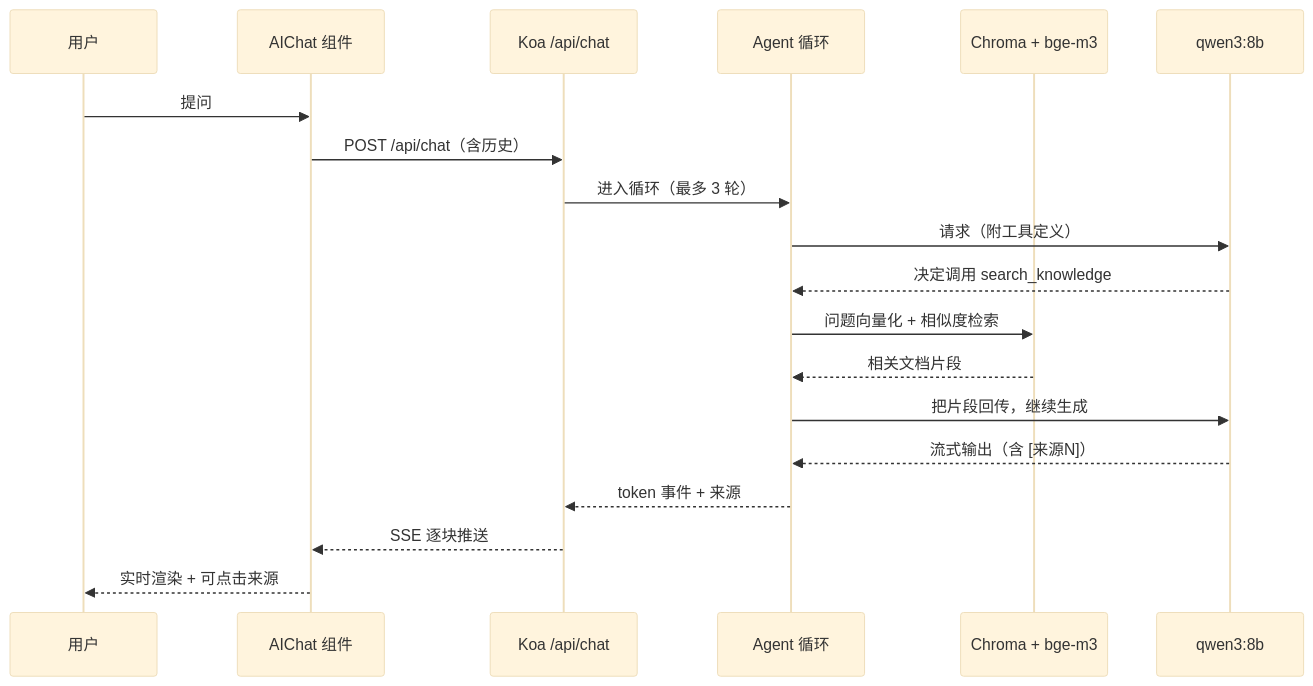
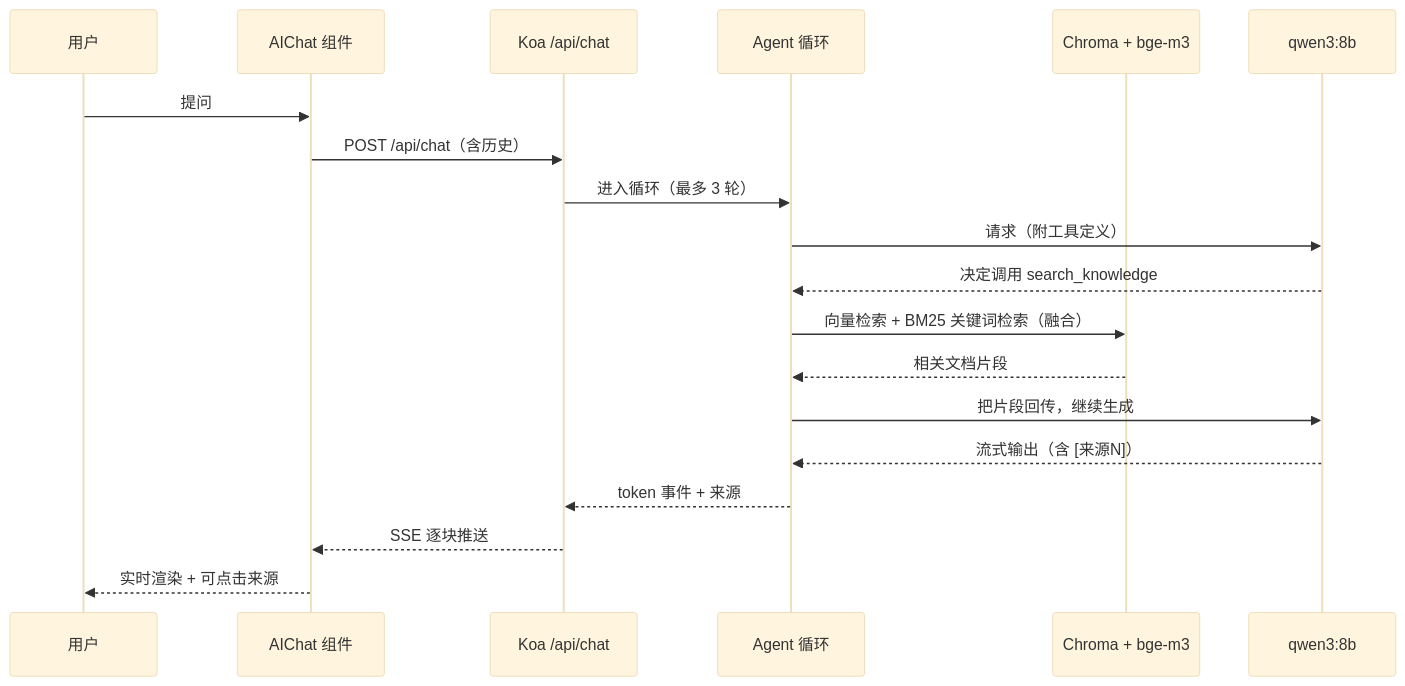
The second of 2 diagrams in docs/project-architecture/01-overview.md (jun2333/knowledge), drawn with Mermaid (base theme) before and after one commit. The commit also changed other lines of this file and 7 other files, not shown here.

````diff
--- a/docs/project-architecture/01-overview.md
+++ b/docs/project-architecture/01-overview.md
@@ -143,22 +147,22 @@
 ```mermaid
 sequenceDiagram
   participant U as 用户
   participant C as AIChat 组件
   participant S as Koa /api/chat
   participant L as Agent 循环
   participant V as Chroma + bge-m3
   participant M as qwen3:8b
 
   U->>C: 提问
   C->>S: POST /api/chat（含历史）
   S->>L: 进入循环（最多 3 轮）
   L->>M: 请求（附工具定义）
   M-->>L: 决定调用 search_knowledge
-  L->>V: 问题向量化 + 相似度检索
+  L->>V: 向量检索 + BM25 关键词检索（融合）
   V-->>L: 相关文档片段
   L->>M: 把片段回传，继续生成
   M-->>L: 流式输出（含 [来源N]）
   L-->>S: token 事件 + 来源
   S-->>C: SSE 逐块推送
   C-->>U: 实时渲染 + 可点击来源
 ```
````
